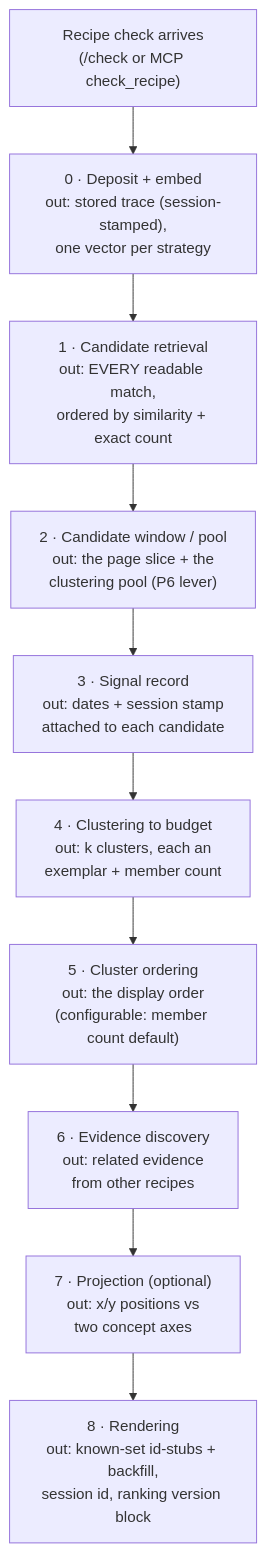
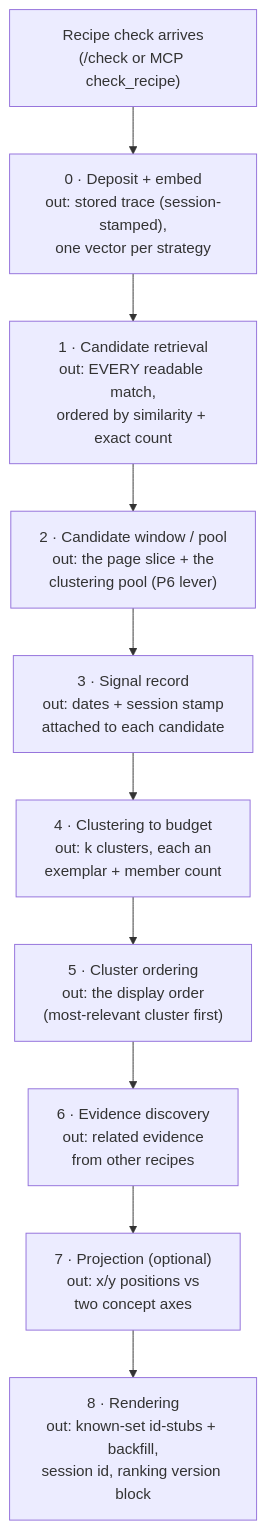
Before and after one commit to AndyForest/SoupNet: the diagram in docs/architecture/ranking-engine.md, drawn with Mermaid. The commit also changed other lines of this file and 4 other files, not shown here.

````diff
--- a/docs/architecture/ranking-engine.md
+++ b/docs/architecture/ranking-engine.md
@@ -31,12 +31,12 @@
 ```mermaid
 flowchart TD
     A["Recipe check arrives<br/>(/check or MCP check_recipe)"] --> B["0 · Deposit + embed<br/>out: stored trace (session-stamped),<br/>one vector per strategy"]
     B --> C["1 · Candidate retrieval<br/>out: EVERY readable match,<br/>ordered by similarity + exact count"]
     C --> E["2 · Candidate window / pool<br/>out: the page slice + the<br/>clustering pool (P6 lever)"]
     E --> F["3 · Signal record<br/>out: dates + session stamp<br/>attached to each candidate"]
     F --> G["4 · Clustering to budget<br/>out: k clusters, each an<br/>exemplar + member count"]
-    G --> H["5 · Cluster ordering<br/>out: the display order<br/>(configurable: member count default)"]
+    G --> H["5 · Cluster ordering<br/>out: the display order<br/>(most-relevant cluster first)"]
     H --> I["6 · Evidence discovery<br/>out: related evidence<br/>from other recipes"]
     I --> J["7 · Projection (optional)<br/>out: x/y positions vs<br/>two concept axes"]
     J --> K["8 · Rendering<br/>out: known-set id-stubs + backfill,<br/>session id, ranking version block"]
 ```
````
